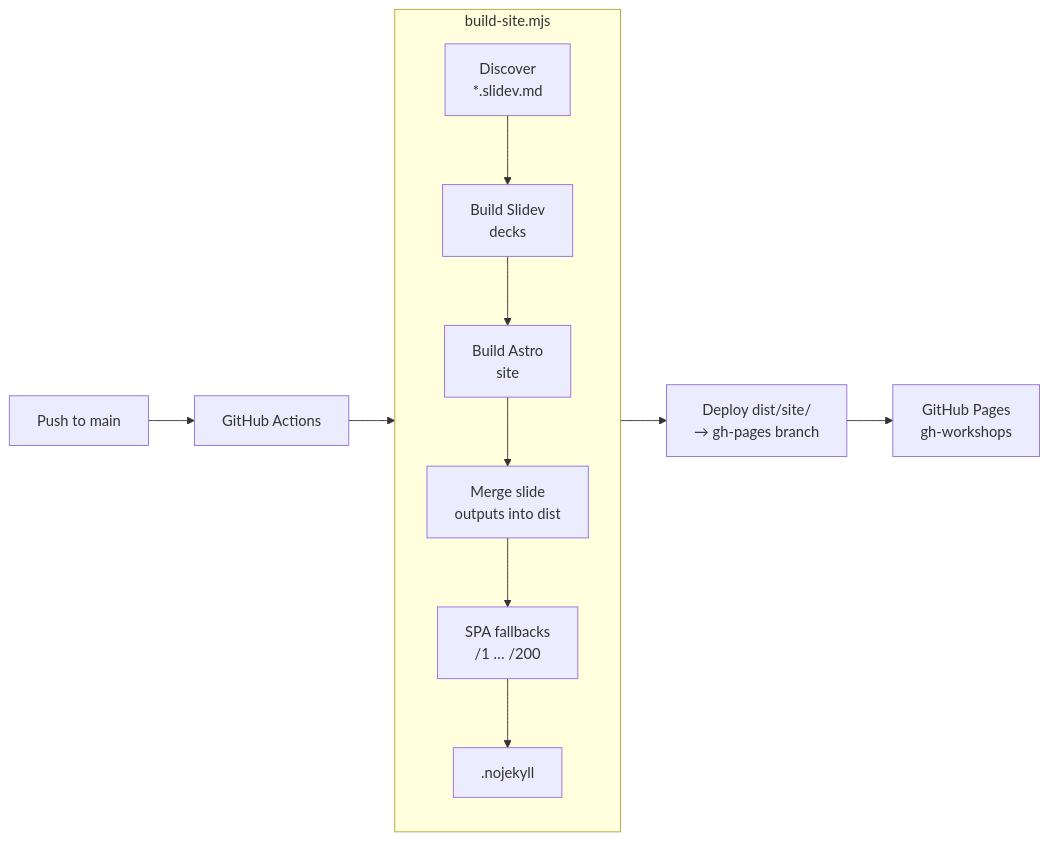
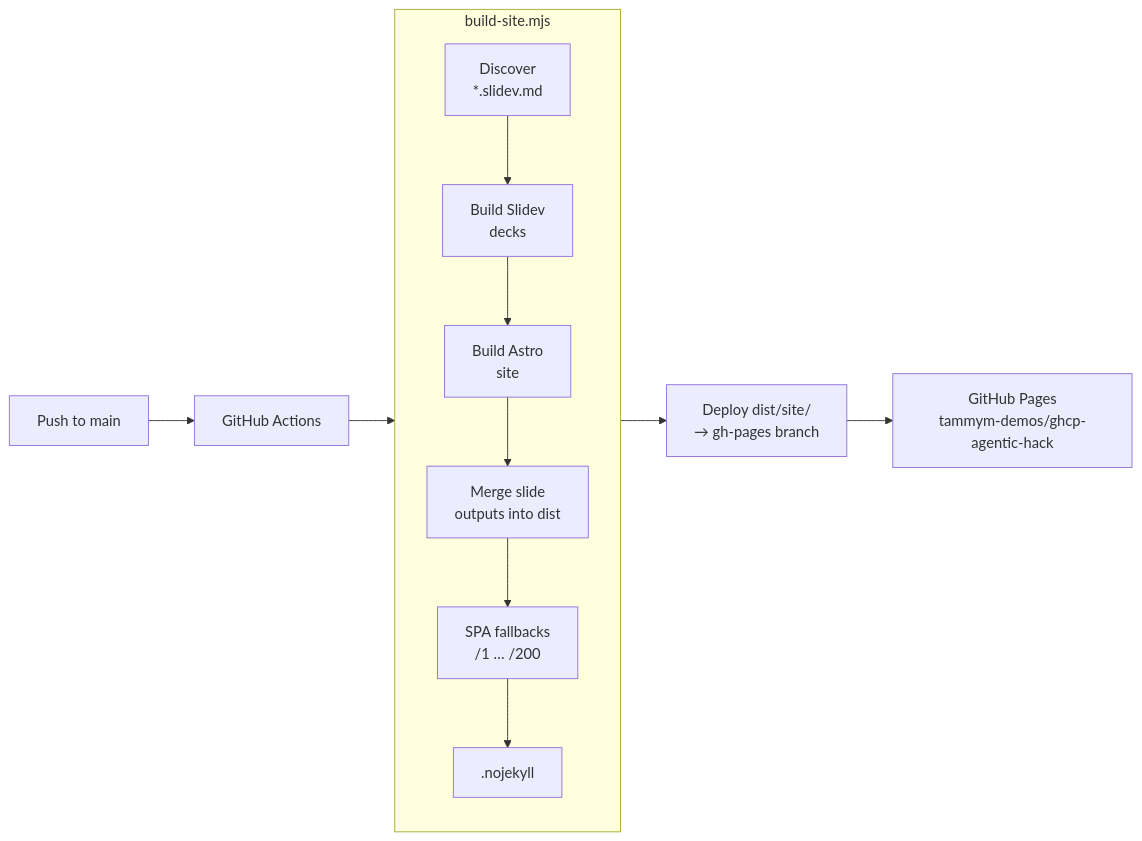
One commit to tammym-demos/ghcp-agentic-hack changed the diagram in README.md. Above: the diagram before and after it, drawn with Mermaid. The commit also changed other lines of this file and 2 other files, not shown here.

First line of the commit message:
Update GitHub Actions workflow to deploy to current repo with new base path

````diff
--- a/README.md
+++ b/README.md
@@ -263,17 +263,17 @@
 ```mermaid
 flowchart LR
     A["Push to main"] --> B["GitHub Actions"]
 
     subgraph build ["build-site.mjs"]
         direction TB
         C["Discover<br/>*.slidev.md"] --> D["Build Slidev<br/>decks"]
         D --> E["Build Astro<br/>site"]
         E --> F["Merge slide<br/>outputs into dist"]
         F --> G["SPA fallbacks<br/>/1 … /200"]
         G --> H[".nojekyll"]
     end
 
     B --> build
     build --> I["Deploy dist/site/<br/>→ gh-pages branch"]
-    I --> J["GitHub Pages<br/>gh-workshops"]
+    I --> J["GitHub Pages<br/>tammym-demos/ghcp-agentic-hack"]
 ```
````
